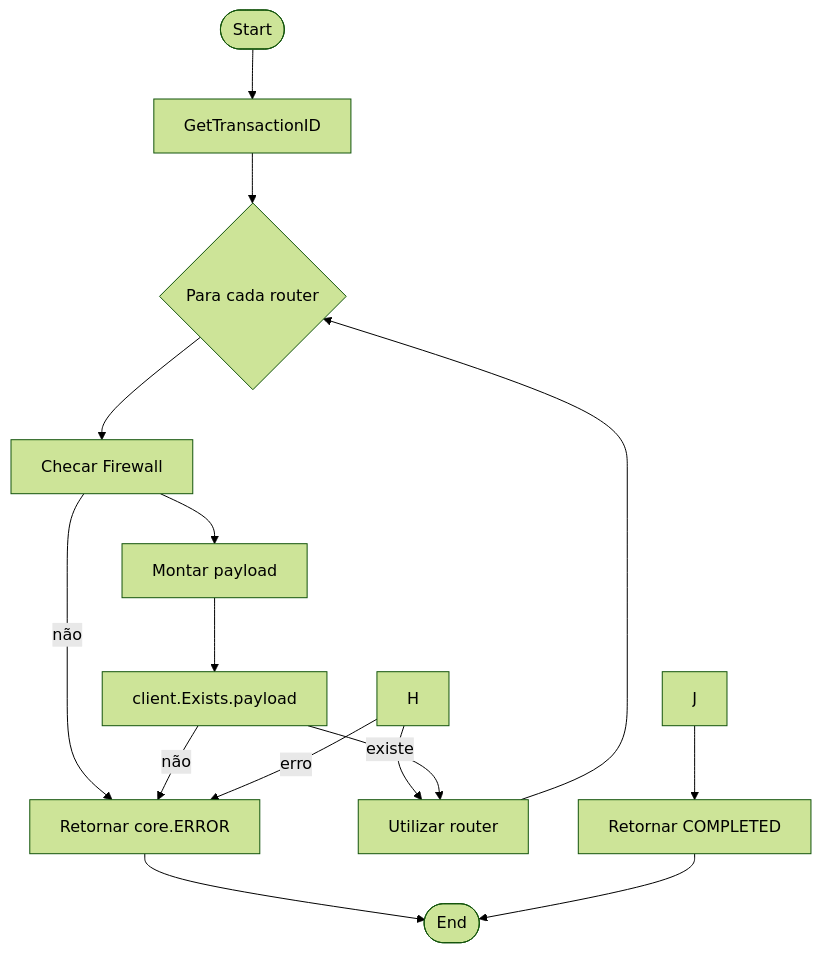
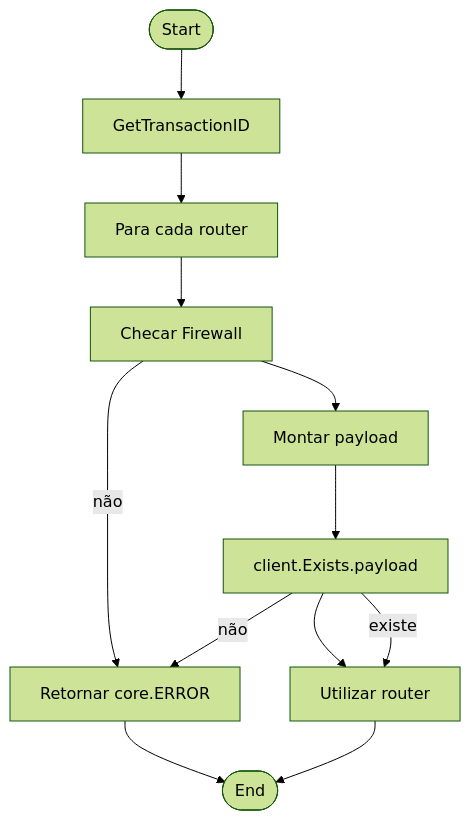
Before and after one commit to totvs-cloud/fortigate-fisico-iaas: the diagram in paloalto-router.md, drawn with Mermaid (forest theme).

Commit message:
refactor paloalto-router.md to improve flowchart clarity and correct flow logic

````diff
--- a/paloalto-router.md
+++ b/paloalto-router.md
@@ -7,18 +7,16 @@
 ```mermaid
 flowchart TD
   A([Start]) --> B[GetTransactionID]
-  B --> C{Para cada router}
+  B --> C[Para cada router]
   C --> D[Checar Firewall]
   D -- não --> E[Retornar core.ERROR]
   D --> F[Montar payload]
   F --> G[client.Exists.payload]
   G -- não --> E[Retornar core.ERROR]
-  H -- erro --> E
-  H --> I[Utilizar router]
+  G --> I[Utilizar router]
 
   G -- existe --> I
-  I --> C
-  J --> K[Retornar COMPLETED]
+  I --> L([End])
   E --> L([End])
-  K --> L
+  
 ```
````
